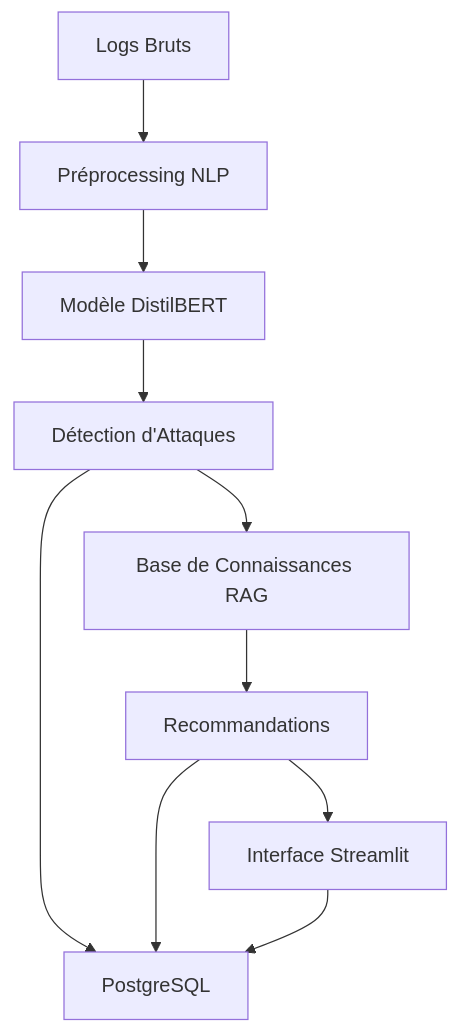
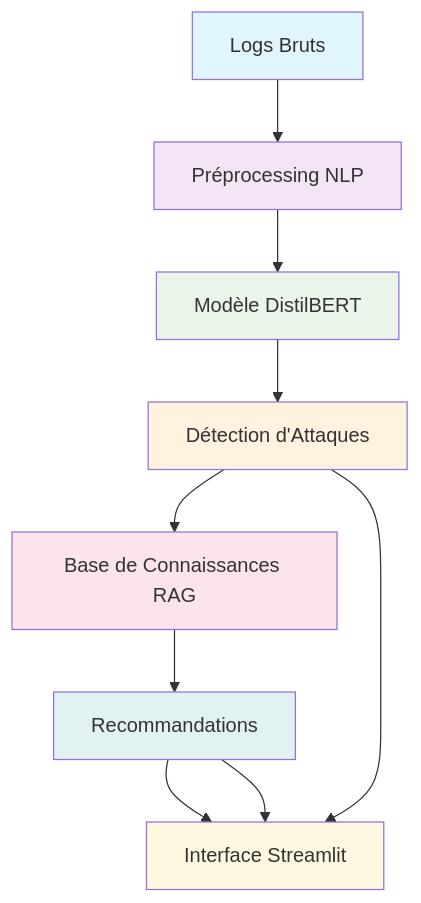
Before and after one commit to Lailaelkabrane/cybermentor-dl-nlp: the diagram in README.md, drawn with Mermaid.

````diff
--- a/README.md
+++ b/README.md
@@ -18,12 +18,19 @@
 ```mermaid
 graph TB
     A[Logs Bruts] --> B[Préprocessing NLP]
     B --> C[Modèle DistilBERT]
     C --> D[Détection d'Attaques]
     D --> E[Base de Connaissances RAG]
     E --> F[Recommandations]
     F --> G[Interface Streamlit]
-    D --> H[PostgreSQL]
-    F --> H
-    G --> H
+    D --> G
+    F --> G
+    
+    style A fill:#e1f5fe
+    style B fill:#f3e5f5
+    style C fill:#e8f5e8
+    style D fill:#fff3e0
+    style E fill:#fce4ec
+    style F fill:#e0f2f1
+    style G fill:#fff8e1
 ```
````
